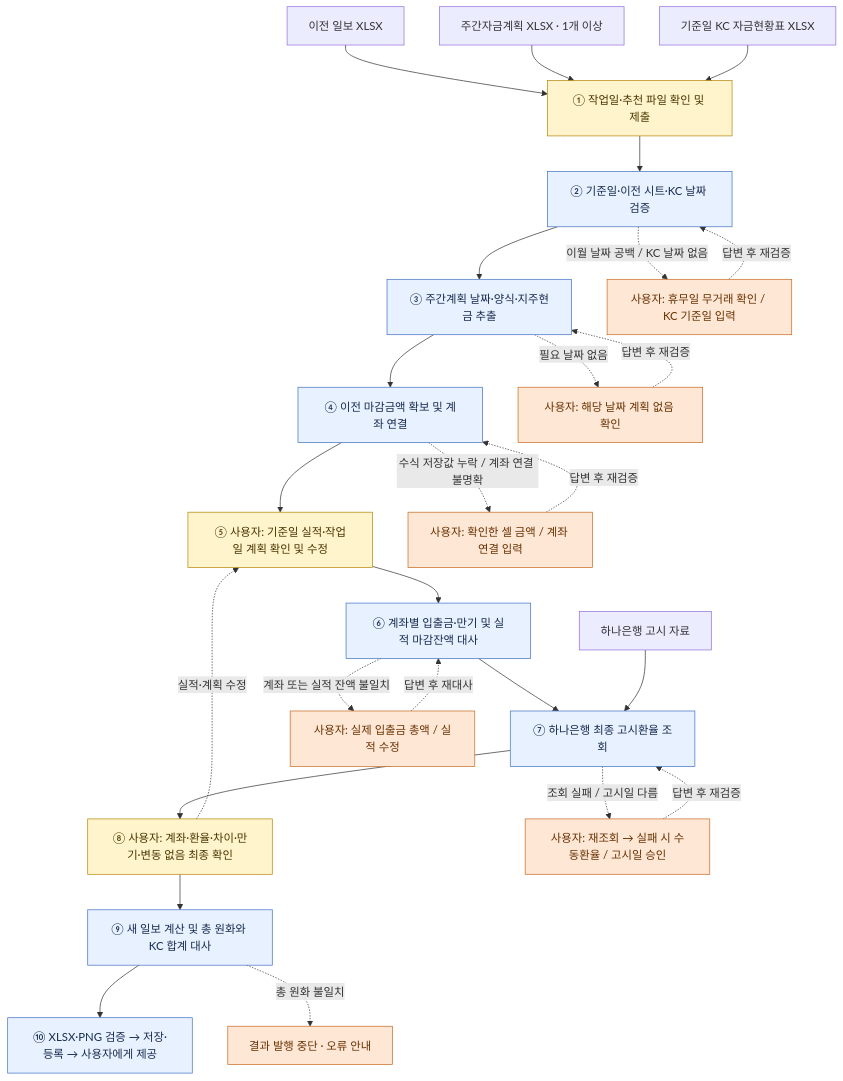
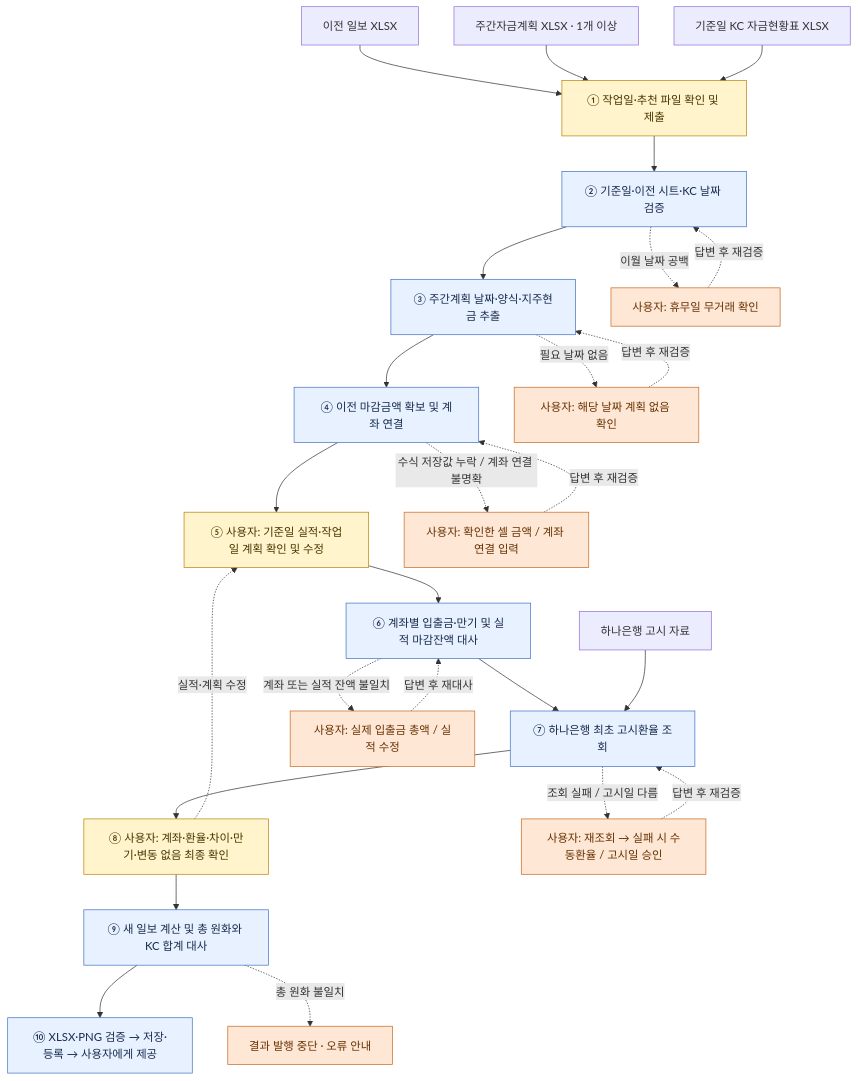
One commit to kc-ml2/KetchupE-Client changed the diagram in workflow_summary/daily_cash_workflow.md. Above: the diagram before and after it, drawn with Mermaid. The commit also changed other lines of this file and 24 other files, not shown here.

````diff
--- a/workflow_summary/daily_cash_workflow.md
+++ b/workflow_summary/daily_cash_workflow.md
@@ -23,36 +23,36 @@
 ```mermaid
 flowchart TD
     R["이전 일보 XLSX"] --> A
     W["주간자금계획 XLSX · 1개 이상"] --> A
     K["기준일 KC 자금현황표 XLSX"] --> A
     A["① 작업일·추천 파일 확인 및 제출"] --> B["② 기준일·이전 시트·KC 날짜 검증"]
     B --> C["③ 주간계획 날짜·양식·지주현금 추출"]
     C --> D["④ 이전 마감금액 확보 및 계좌 연결"]
     D --> E["⑤ 사용자: 기준일 실적·작업일 계획 확인 및 수정"]
     E --> F["⑥ 계좌별 입출금·만기 및 실적 마감잔액 대사"]
-    F --> G["⑦ 하나은행 최종 고시환율 조회"]
+    F --> G["⑦ 하나은행 최초 고시환율 조회"]
     H["하나은행 고시 자료"] --> G
     G --> I["⑧ 사용자: 계좌·환율·차이·만기·변동 없음 최종 확인"]
     I --> J["⑨ 새 일보 계산 및 총 원화와 KC 합계 대사"]
     J --> L["⑩ XLSX·PNG 검증 → 저장·등록 → 사용자에게 제공"]
 
-    B -. "이월 날짜 공백 / KC 날짜 없음" .-> QB["사용자: 휴무일 무거래 확인 / KC 기준일 입력"]
+    B -. "이월 날짜 공백" .-> QB["사용자: 휴무일 무거래 확인"]
     QB -. "답변 후 재검증" .-> B
     C -. "필요 날짜 없음" .-> QC["사용자: 해당 날짜 계획 없음 확인"]
     QC -. "답변 후 재검증" .-> C
     D -. "수식 저장값 누락 / 계좌 연결 불명확" .-> QD["사용자: 확인한 셀 금액 / 계좌 연결 입력"]
     QD -. "답변 후 재검증" .-> D
     F -. "계좌 또는 실적 잔액 불일치" .-> QF["사용자: 실제 입출금 총액 / 실적 수정"]
     QF -. "답변 후 재대사" .-> F
     G -. "조회 실패 / 고시일 다름" .-> QG["사용자: 재조회 → 실패 시 수동환율 / 고시일 승인"]
     QG -. "답변 후 재검증" .-> G
     I -. "실적·계획 수정" .-> E
     J -. "총 원화 불일치" .-> X["결과 발행 중단 · 오류 안내"]
 
     classDef auto fill:#e8f1ff,stroke:#4472c4,color:#172b4d;
     classDef user fill:#fff4cc,stroke:#b8860b,color:#493600;
     classDef feedback fill:#ffe7d6,stroke:#c76b25,color:#663200;
     class B,C,D,F,G,J,L auto;
     class A,E,I user;
     class QB,QC,QD,QF,QG,X feedback;
 ```
````
